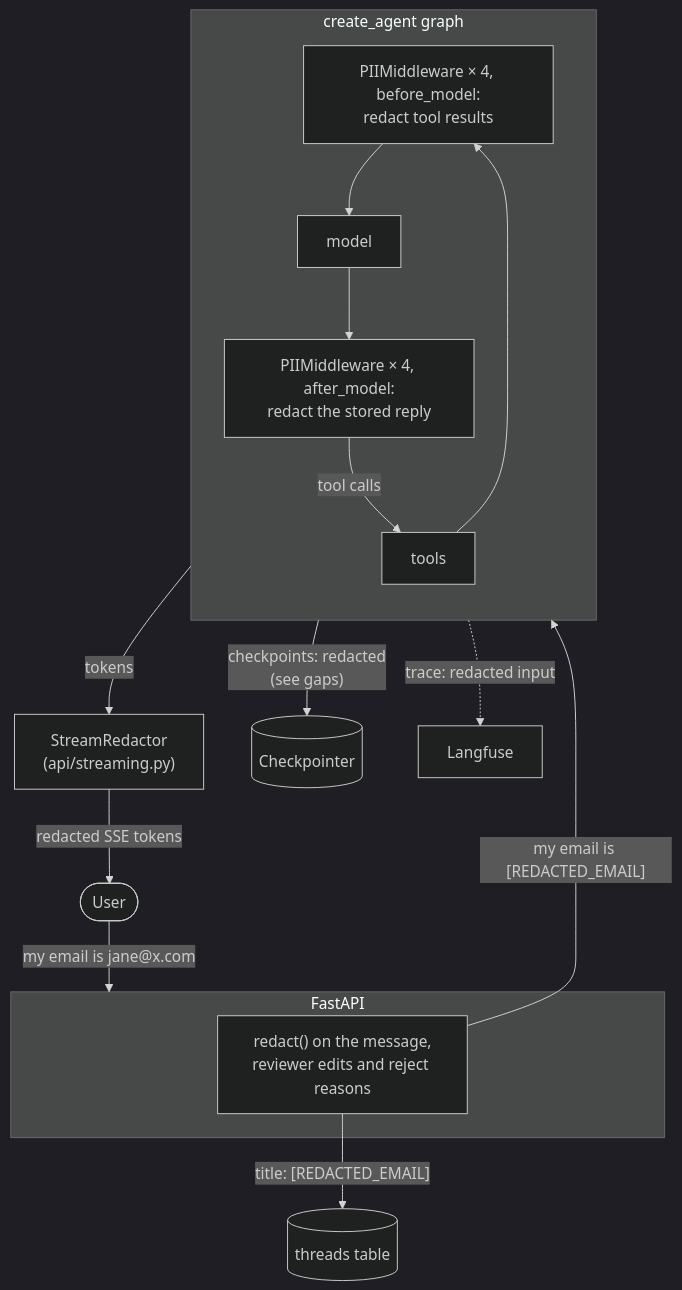
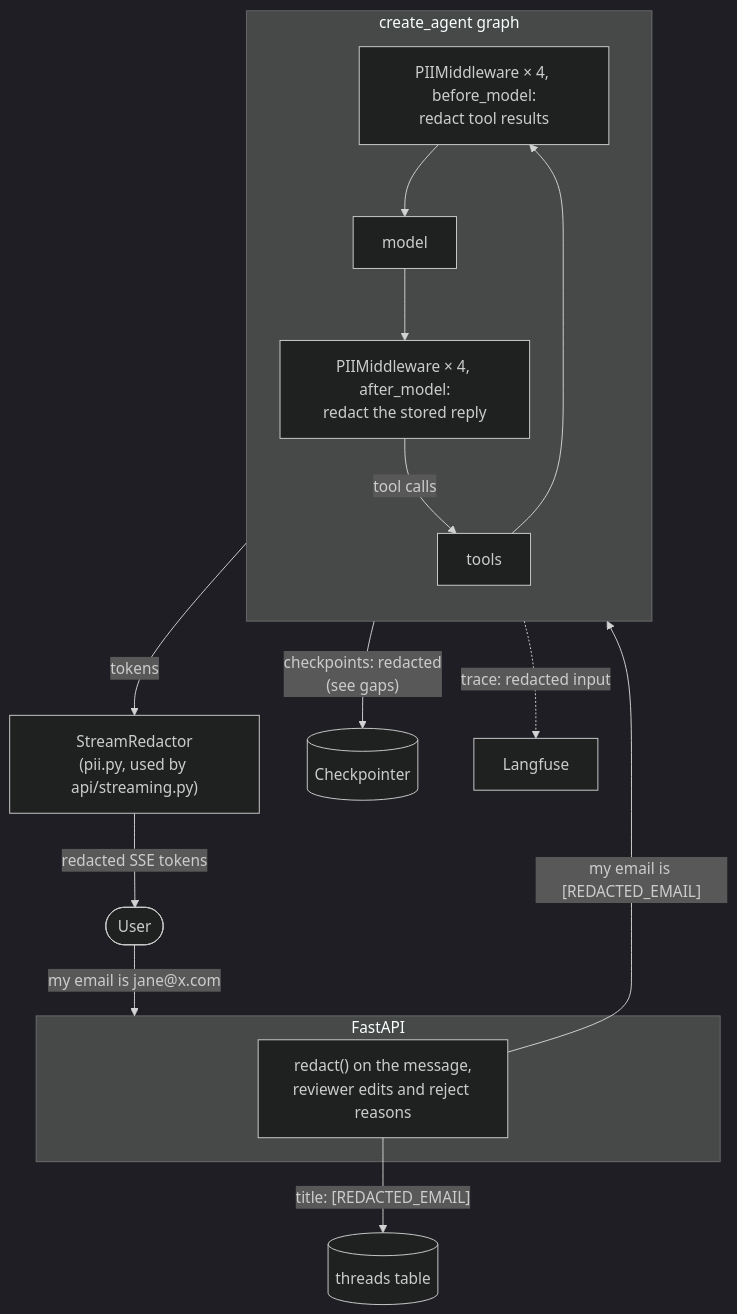
Before and after one commit to Anirudh1905/agentic-ai-chatbot: the diagram in docs/phase-5-pii-detection-masking.md, drawn with Mermaid (dark theme). The commit also changed other lines of this file and 41 other files, not shown here.

````diff
--- a/docs/phase-5-pii-detection-masking.md
+++ b/docs/phase-5-pii-detection-masking.md
@@ -21,24 +21,24 @@
 ```mermaid
 flowchart TB
     User([User]) -->|"my email is jane@x.com"| API
 
     subgraph API["FastAPI"]
         Redact["redact() on the message,<br/>reviewer edits and reject reasons"]
     end
 
     Redact -->|"title: [REDACTED_EMAIL]"| Threads[(threads table)]
     Redact -->|"my email is [REDACTED_EMAIL]"| Agent
 
     subgraph Agent["create_agent graph"]
         direction TB
         Before["PIIMiddleware × 4, before_model:<br/>redact tool results"] --> Model[model]
         Model --> After["PIIMiddleware × 4, after_model:<br/>redact the stored reply"]
         After -->|tool calls| Tools[tools]
         Tools --> Before
     end
 
-    Model -->|tokens| Stream["StreamRedactor<br/>(api/streaming.py)"]
+    Model -->|tokens| Stream["StreamRedactor<br/>(pii.py, used by api/streaming.py)"]
     Stream -->|"redacted SSE tokens"| User
     Agent -->|"checkpoints: redacted<br/>(see gaps)"| CP[(Checkpointer)]
     Agent -.->|"trace: redacted input"| Obs[Langfuse]
 ```
````
